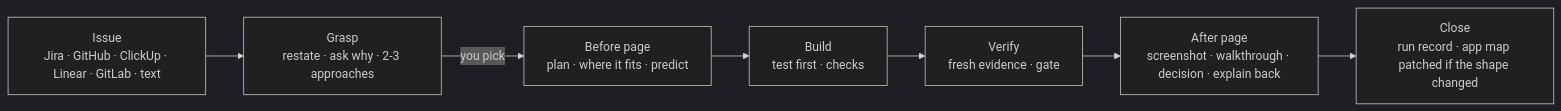
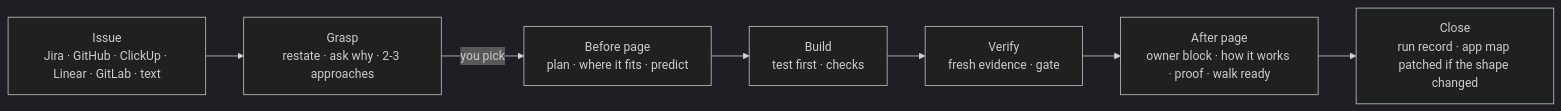
Before and after one commit to junrillg/grasp: the second of 3 diagrams in README.md, drawn with Mermaid (dark theme). The commit also changed other lines of this file and 5 other files, not shown here.

````diff
--- a/README.md
+++ b/README.md
@@ -58,9 +67,9 @@
 ```mermaid
 flowchart LR
   I[Issue<br/>Jira · GitHub · ClickUp · Linear · GitLab · text] --> G[Grasp<br/>restate · ask why · 2-3 approaches]
   G -->|you pick| B[Before page<br/>plan · where it fits · predict]
   B --> D[Build<br/>test first · checks]
   D --> V[Verify<br/>fresh evidence · gate]
-  V --> A[After page<br/>screenshot · walkthrough · decision · explain back]
+  V --> A[After page<br/>owner block · how it works · proof · walk ready]
   A --> M[Close<br/>run record · app map patched if the shape changed]
 ```
````
